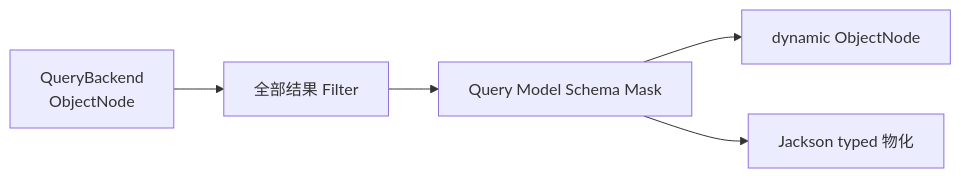
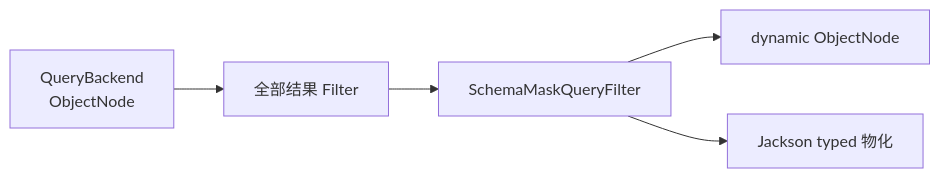
Before and after one commit to Ahoo-Wang/Wow: the diagram in documentation/docs/zh/guide/query/masking.md, drawn with Mermaid. The commit also changed other lines of this file and 14 other files, not shown here.

Commit message:
refactor(query): move masking into result filter

````diff
--- a/documentation/docs/zh/guide/query/masking.md
+++ b/documentation/docs/zh/guide/query/masking.md
@@ -12,7 +12,7 @@
 ```mermaid
 flowchart LR
     Backend["QueryBackend<br/>ObjectNode"] --> Filters["全部结果 Filter"]
-    Filters --> Mask["Query Model Schema Mask"]
+    Filters --> Mask["SchemaMaskQueryFilter"]
     Mask --> Dynamic["dynamic ObjectNode"]
     Mask --> Jackson["Jackson typed 物化"]
 ```
````
